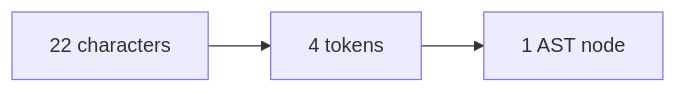
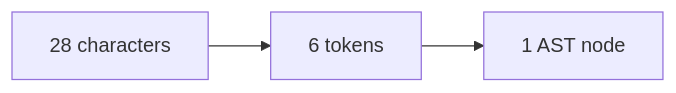
One commit to ghost-language/ghostlang.org changed the first of 2 diagrams in content/docs/scanning.mdx. Above: the diagram before and after it, drawn with Mermaid. The commit also changed other lines of this file and 48 other files, not shown here.

````diff
--- a/content/docs/scanning.mdx
+++ b/content/docs/scanning.mdx
@@ -37,4 +39,4 @@
 ```mermaid
     flowchart LR
-        A["22 characters"] --> B["4 tokens"] --> C["1 AST node"]
+        A["28 characters"] --> B["6 tokens"] --> C["1 AST node"]
 ```
````
